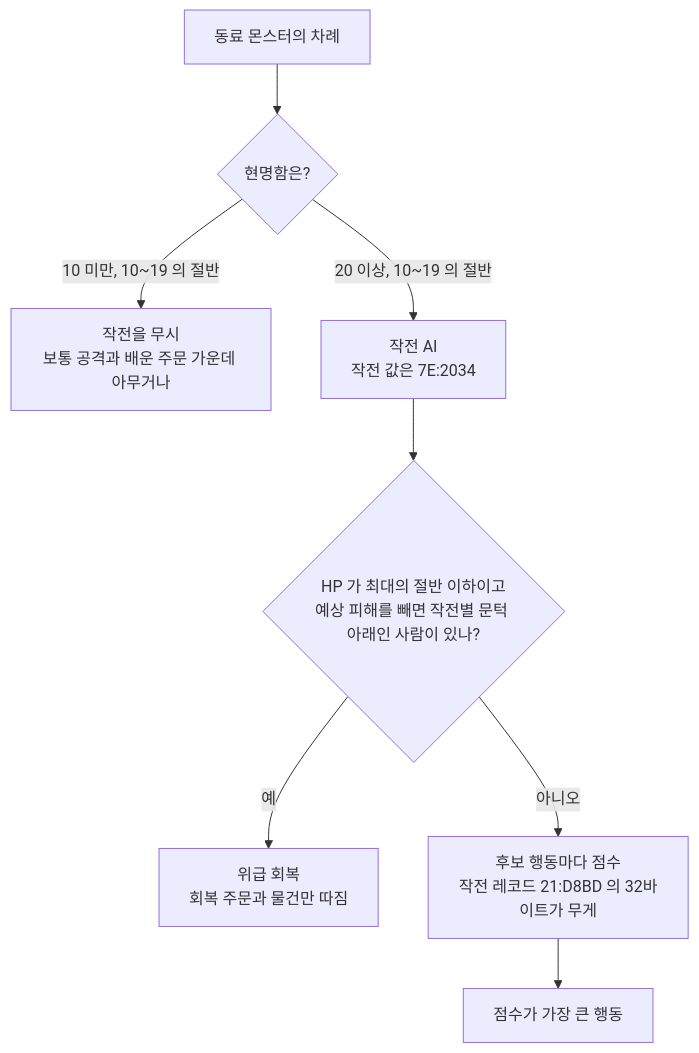
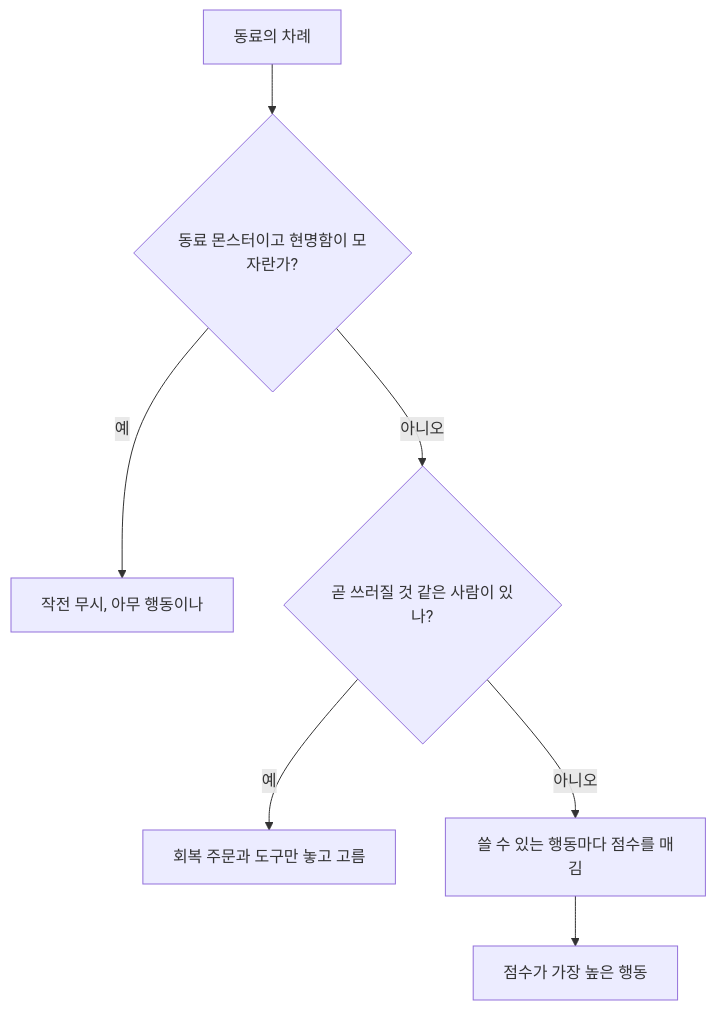
Before and after one commit to perfectacle/perfectacle.github.io: the diagram in src/pages/games/romhacking/journal/dq4/dq5-battle.md, drawn with Mermaid. The commit also changed other lines of this file and 13 other files, not shown here.

````diff
--- a/src/pages/games/romhacking/journal/dq4/dq5-battle.md
+++ b/src/pages/games/romhacking/journal/dq4/dq5-battle.md
@@ -269,10 +234,9 @@
 ```mermaid
 flowchart TD
-  turn["동료 몬스터의 차례"] --> wis{"현명함은?"}
-  wis -->|"10 미만, 10~19 의 절반"| rand["작전을 무시<br/>보통 공격과 배운 주문 가운데 아무거나"]
-  wis -->|"20 이상, 10~19 의 절반"| ai["작전 AI<br/>작전 값은 7E:2034"]
-  ai --> crisis{"HP 가 최대의 절반 이하이고<br/>예상 피해를 빼면 작전별 문턱 아래인 사람이 있나?"}
-  crisis -->|"예"| heal["위급 회복<br/>회복 주문과 물건만 따짐"]
-  crisis -->|"아니오"| score["후보 행동마다 점수<br/>작전 레코드 21:D8BD 의 32바이트가 무게"]
-  score --> pick["점수가 가장 큰 행동"]
+  turn["동료의 차례"] --> wis{"동료 몬스터이고 현명함이 모자란가?"}
+  wis -->|"예"| rand["작전 무시, 아무 행동이나"]
+  wis -->|"아니오"| crisis{"곧 쓰러질 것 같은 사람이 있나?"}
+  crisis -->|"예"| heal["회복 주문과 도구만 놓고 고름"]
+  crisis -->|"아니오"| score["쓸 수 있는 행동마다 점수를 매김"]
+  score --> pick["점수가 가장 높은 행동"]
 ```
````
